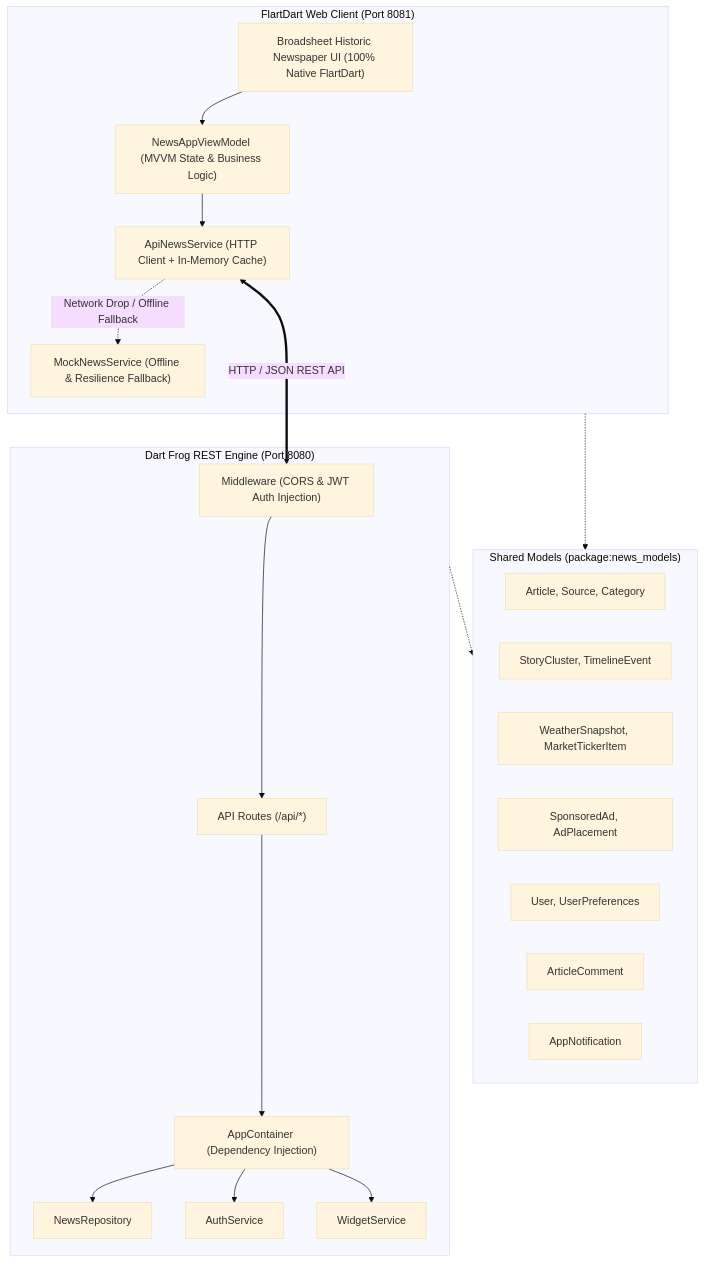
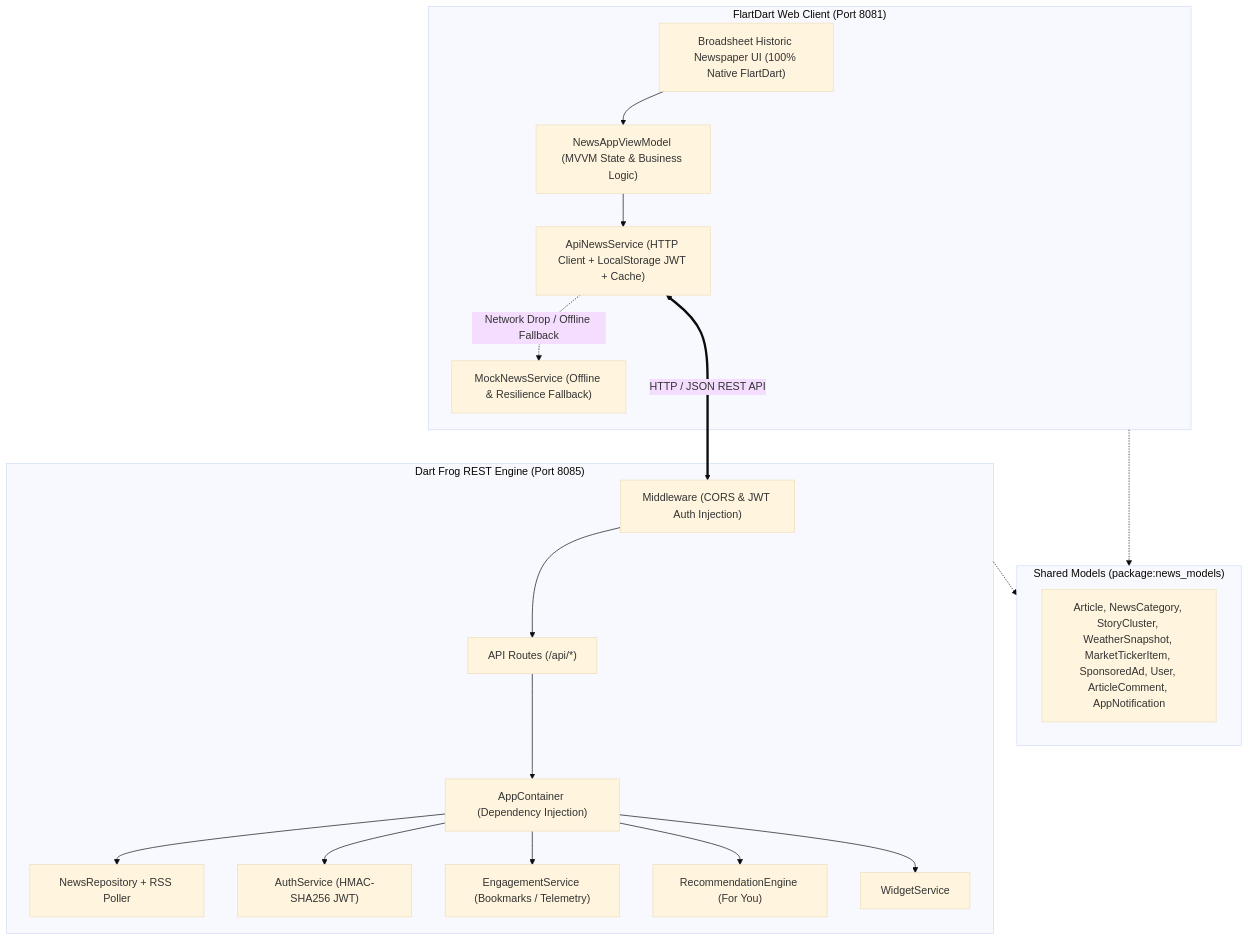
Before and after one commit to Heebu/ReadMore: the diagram in docs/backend_api_documentation.md, drawn with Mermaid (base theme). The commit also changed other lines of this file and 24 other files, not shown here.

````diff
--- a/docs/backend_api_documentation.md
+++ b/docs/backend_api_documentation.md
@@ -9,41 +9,39 @@
 ```mermaid
 flowchart TD
     subgraph Frontend["FlartDart Web Client (Port 8081)"]
         UI["Broadsheet Historic Newspaper UI (100% Native FlartDart)"]
         VM["NewsAppViewModel (MVVM State & Business Logic)"]
-        ANS["ApiNewsService (HTTP Client + In-Memory Cache)"]
+        ANS["ApiNewsService (HTTP Client + LocalStorage JWT + Cache)"]
         MNS["MockNewsService (Offline & Resilience Fallback)"]
         UI --> VM
         VM --> ANS
         ANS -.->|Network Drop / Offline Fallback| MNS
     end
 
-    subgraph Backend["Dart Frog REST Engine (Port 8080)"]
+    subgraph Backend["Dart Frog REST Engine (Port 8085)"]
         MW["Middleware (CORS & JWT Auth Injection)"]
         Routes["API Routes (/api/*)"]
         AppCont["AppContainer (Dependency Injection)"]
-        NewsRepo["NewsRepository"]
-        AuthSvc["AuthService"]
+        NewsRepo["NewsRepository + RSS Poller"]
+        AuthSvc["AuthService (HMAC-SHA256 JWT)"]
+        EngageSvc["EngagementService (Bookmarks / Telemetry)"]
+        RecEng["RecommendationEngine (For You)"]
         WidgetSvc["WidgetService"]
 
         MW --> Routes
         Routes --> AppCont
         AppCont --> NewsRepo
         AppCont --> AuthSvc
+        AppCont --> EngageSvc
+        AppCont --> RecEng
         AppCont --> WidgetSvc
     end
 
     subgraph Shared["Shared Models (package:news_models)"]
-        ArticleModel["Article, Source, Category"]
-        ClusterModel["StoryCluster, TimelineEvent"]
-        WidgetModel["WeatherSnapshot, MarketTickerItem"]
-        AdModel["SponsoredAd, AdPlacement"]
-        UserModel["User, UserPreferences"]
-        CommentModel["ArticleComment"]
-        NotifModel["AppNotification"]
+        Models["Article, NewsCategory, StoryCluster, WeatherSnapshot, MarketTickerItem, SponsoredAd, User, ArticleComment, AppNotification"]
     end
 
     ANS <===>|HTTP / JSON REST API| MW
     Frontend -.-> Shared
     Backend -.-> Shared
 ```
````
